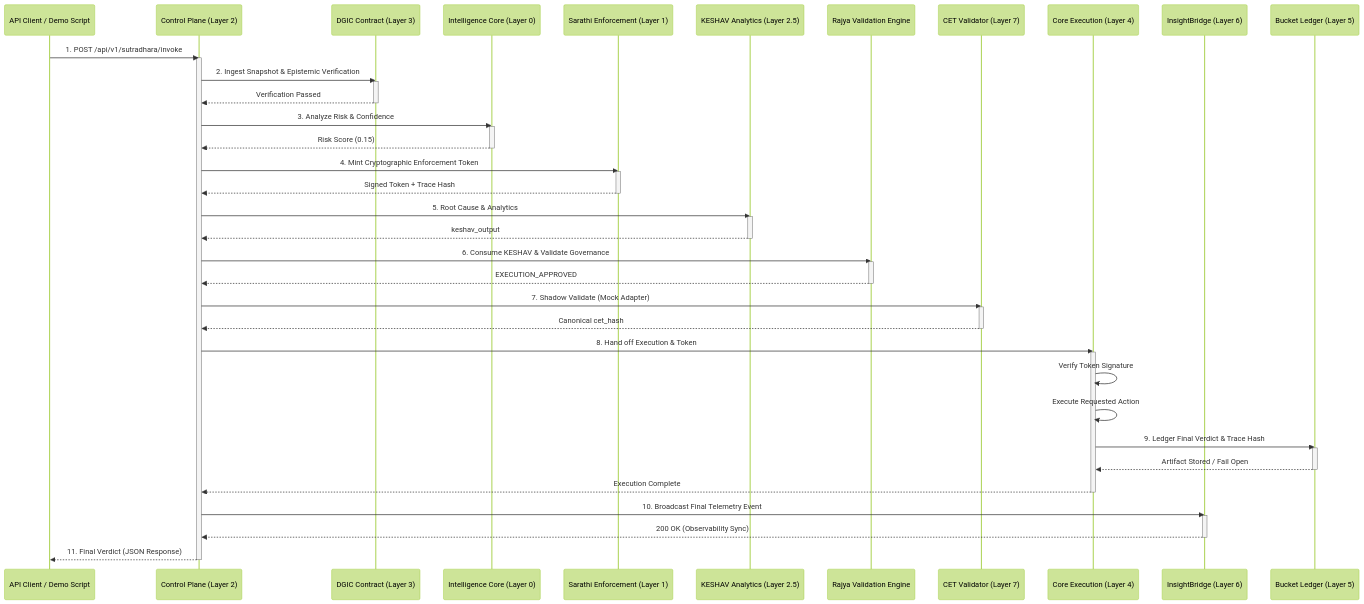
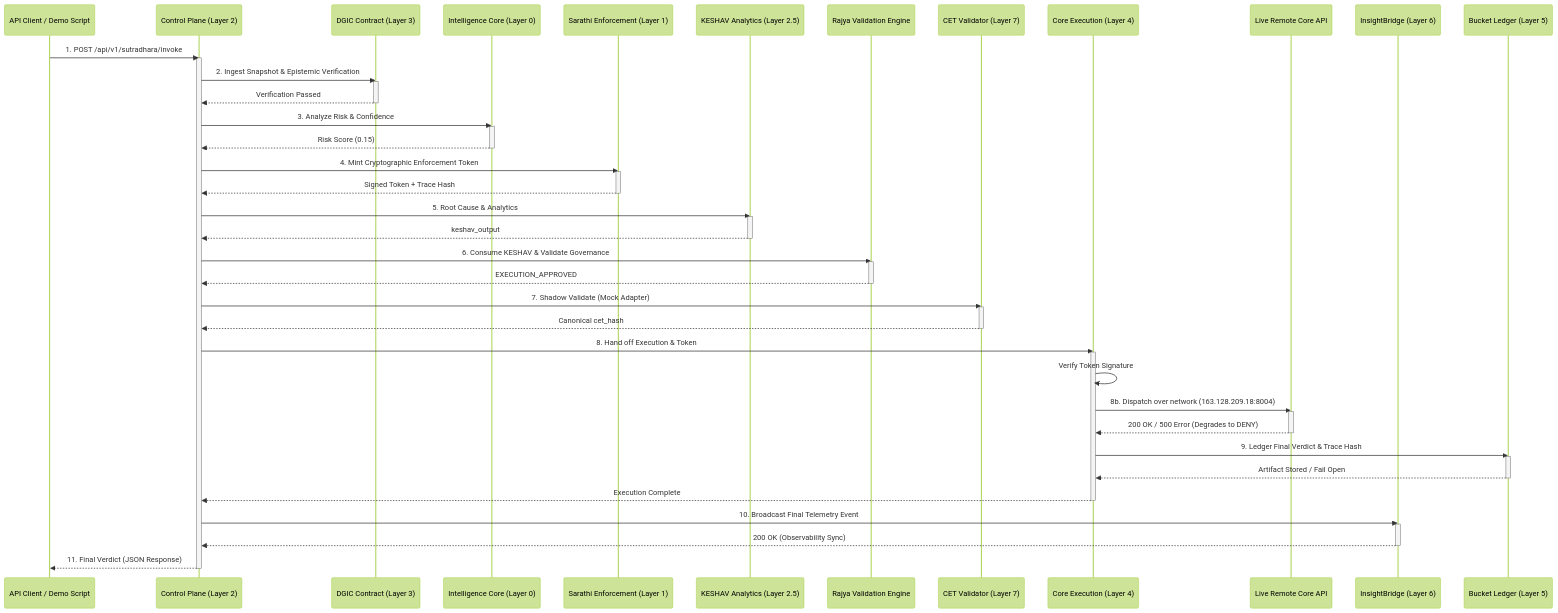
Before and after one commit to blackholeinfiverse106-creator/text-risk-scoring-service: the diagram in docs/end_to_end_pipeline.md, drawn with Mermaid (forest theme). The commit also changed other lines of this file, not shown here.

Commit message:
docs: update end-to-end pipeline with live remote core integration and correct bucket URL

````diff
--- a/docs/end_to_end_pipeline.md
+++ b/docs/end_to_end_pipeline.md
@@ -60,67 +61,71 @@
 ```mermaid
 sequenceDiagram
     participant Client as API Client / Demo Script
     participant Sutradhara as Control Plane (Layer 2)
     participant DGIC as DGIC Contract (Layer 3)
     participant Intel as Intelligence Core (Layer 0)
     participant Sarathi as Sarathi Enforcement (Layer 1)
     participant Keshav as KESHAV Analytics (Layer 2.5)
     participant Rajya as Rajya Validation Engine
     participant CET as CET Validator (Layer 7)
     participant Core as Core Execution (Layer 4)
+    participant ExternalEngine as Live Remote Core API
     participant Bridge as InsightBridge (Layer 6)
     participant Bucket as Bucket Ledger (Layer 5)
 
     Client->>Sutradhara: 1. POST /api/v1/sutradhara/invoke
     activate Sutradhara
     Sutradhara->>DGIC: 2. Ingest Snapshot & Epistemic Verification
     activate DGIC
     DGIC-->>Sutradhara: Verification Passed
     deactivate DGIC
     
     Sutradhara->>Intel: 3. Analyze Risk & Confidence
     activate Intel
     Intel-->>Sutradhara: Risk Score (0.15)
     deactivate Intel
     
     Sutradhara->>Sarathi: 4. Mint Cryptographic Enforcement Token
     activate Sarathi
     Sarathi-->>Sutradhara: Signed Token + Trace Hash
     deactivate Sarathi
     
     Sutradhara->>Keshav: 5. Root Cause & Analytics
     activate Keshav
     Keshav-->>Sutradhara: keshav_output
     deactivate Keshav
     
     Sutradhara->>Rajya: 6. Consume KESHAV & Validate Governance
     activate Rajya
     Rajya-->>Sutradhara: EXECUTION_APPROVED
     deactivate Rajya
     
     Sutradhara->>CET: 7. Shadow Validate (Mock Adapter)
     activate CET
     CET-->>Sutradhara: Canonical cet_hash
     deactivate CET
     
     Sutradhara->>Core: 8. Hand off Execution & Token
     activate Core
     Core->>Core: Verify Token Signature
-    Core->>Core: Execute Requested Action
+    Core->>ExternalEngine: 8b. Dispatch over network (163.128.209.18:8004)
+    activate ExternalEngine
+    ExternalEngine-->>Core: 200 OK / 500 Error (Degrades to DENY)
+    deactivate ExternalEngine
     
     Core->>Bucket: 9. Ledger Final Verdict & Trace Hash
     activate Bucket
     Bucket-->>Core: Artifact Stored / Fail Open
     deactivate Bucket
     
     Core-->>Sutradhara: Execution Complete
     deactivate Core
     
     Sutradhara->>Bridge: 10. Broadcast Final Telemetry Event
     activate Bridge
     Bridge-->>Sutradhara: 200 OK (Observability Sync)
     deactivate Bridge
     
     Sutradhara-->>Client: 11. Final Verdict (JSON Response)
     deactivate Sutradhara
 ```
````
